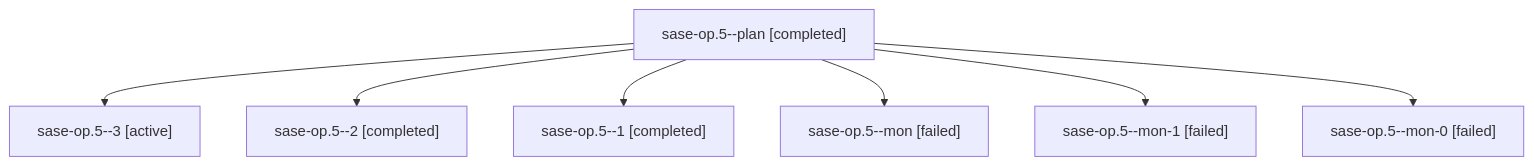
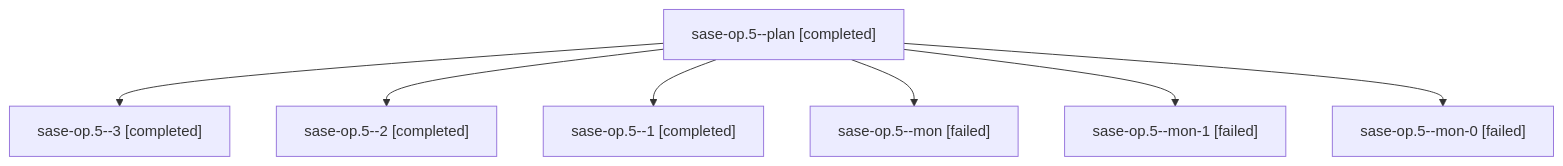
The diagram in families/bbugyi200.athena.sase-op.5.md (sase-org/sase--agents), drawn with Mermaid before and after one commit. The commit also changed other lines of this file and 26 other files, not shown here.

````diff
--- a/families/bbugyi200.athena.sase-op.5.md
+++ b/families/bbugyi200.athena.sase-op.5.md
@@ -9,16 +9,16 @@
 ```mermaid
 flowchart TD
   n0["sase-op.5--plan [completed]"]
-  n1["sase-op.5--3 [active]"]
+  n1["sase-op.5--3 [completed]"]
   n0 --> n1
   n2["sase-op.5--2 [completed]"]
   n0 --> n2
   n3["sase-op.5--1 [completed]"]
   n0 --> n3
   n4["sase-op.5--mon [failed]"]
   n0 --> n4
   n5["sase-op.5--mon-1 [failed]"]
   n0 --> n5
   n6["sase-op.5--mon-0 [failed]"]
   n0 --> n6
 ```
````
